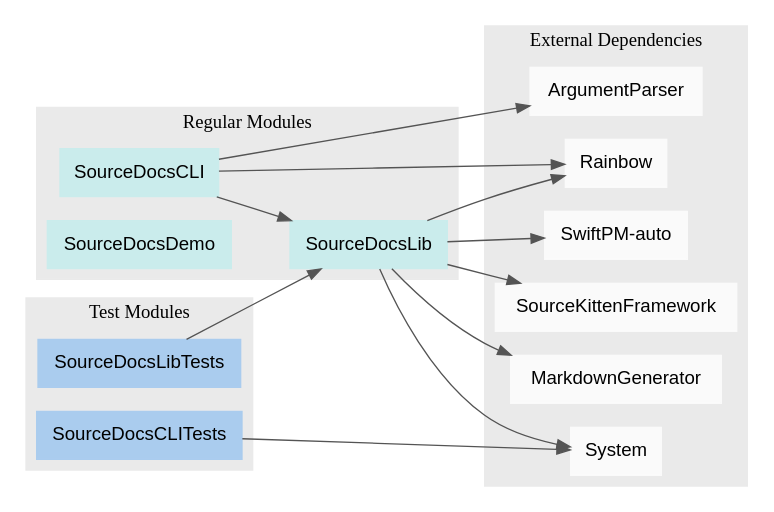
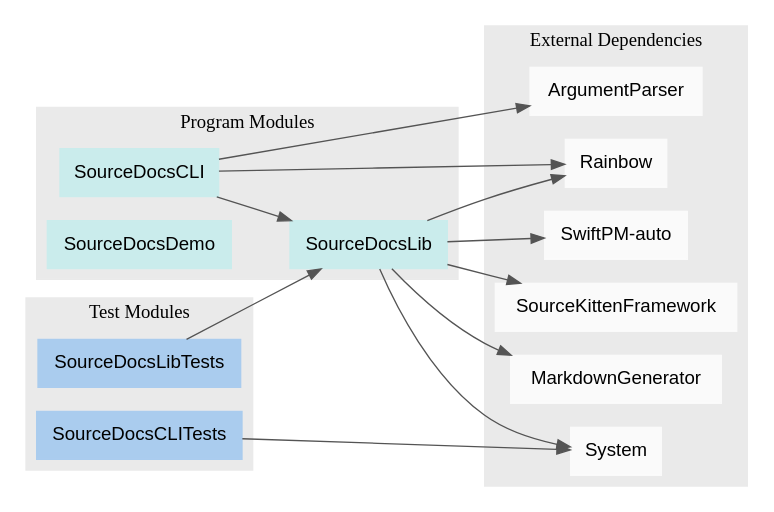
Before and after one commit to SourceDocs/SourceDocs: the diagram in PackageModules.dot, drawn with Graphviz. The commit also changed 5 other files, not shown here.

```diff
--- a/PackageModules.dot
+++ b/PackageModules.dot
@@ -1,41 +1,41 @@
 digraph ModuleDependencyGraph {
     rankdir = LR
     graph [fontname="Helvetica-light", style = filled, color = "#eaeaea"]
     node [shape=box, fontname="Helvetica", style=filled]
     edge [color="#545454"]
 
     subgraph clusterRegular {
-    label = "Regular Modules"
+    label = "Program Modules"
     node [color="#caecec"]
     "SourceDocsCLI"
     "SourceDocsLib"
     "SourceDocsDemo"
 }
-    subgraph clusterTests {
+    subgraph clusterTest {
     label = "Test Modules"
     node [color="#aaccee"]
     "SourceDocsCLITests"
     "SourceDocsLibTests"
 }
     subgraph clusterExternal {
     label = "External Dependencies"
     node [color="#fafafa"]
     "ArgumentParser"
     "MarkdownGenerator"
     "Rainbow"
     "SourceKittenFramework"
     "SwiftPM-auto"
     "System"
 }
 
     "SourceDocsCLI" -> "ArgumentParser"
     "SourceDocsCLI" -> "SourceDocsLib"
     "SourceDocsCLI" -> "Rainbow"
     "SourceDocsLib" -> "SourceKittenFramework"
     "SourceDocsLib" -> "SwiftPM-auto"
     "SourceDocsLib" -> "MarkdownGenerator"
     "SourceDocsLib" -> "Rainbow"
     "SourceDocsLib" -> "System"
     "SourceDocsCLITests" -> "System"
     "SourceDocsLibTests" -> "SourceDocsLib"
 }
```
